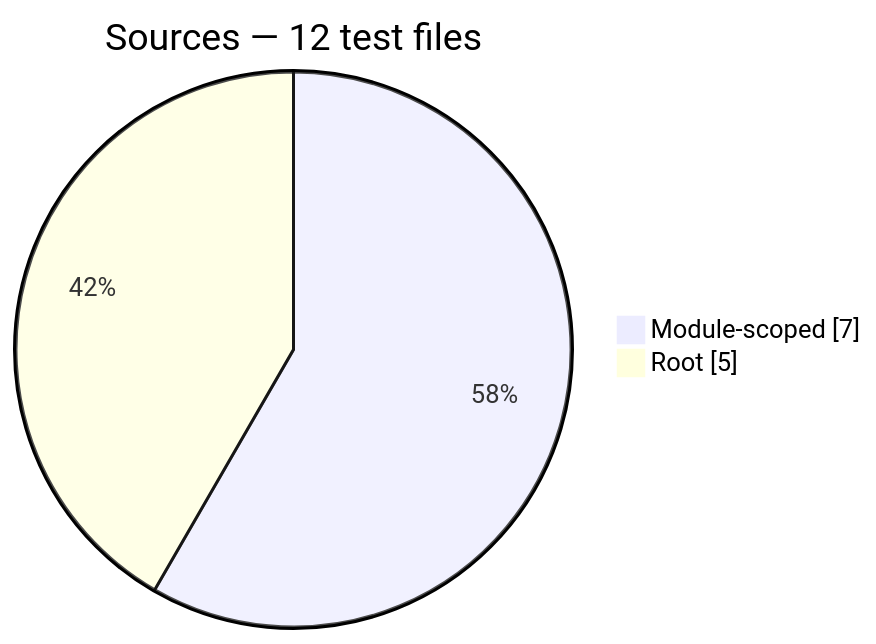
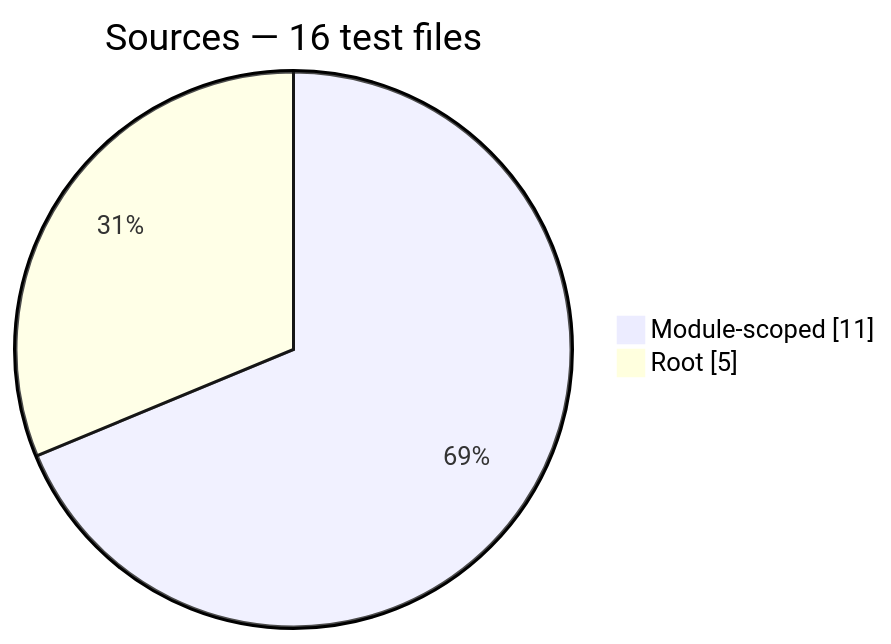
The fifth of 12 diagrams in docs/generated/test-composition.md (Mohammed-Alama/php-arazzo), drawn with Mermaid before and after one commit. The commit also changed other lines of this file and 54 other files, not shown here.

````diff
--- a/docs/generated/test-composition.md
+++ b/docs/generated/test-composition.md
@@ -68,6 +68,6 @@
 ```mermaid
 pie showData
-    title Sources — 12 test files
-    "Module-scoped": 7
+    title Sources — 16 test files
+    "Module-scoped": 11
     "Root": 5
 ```
````
